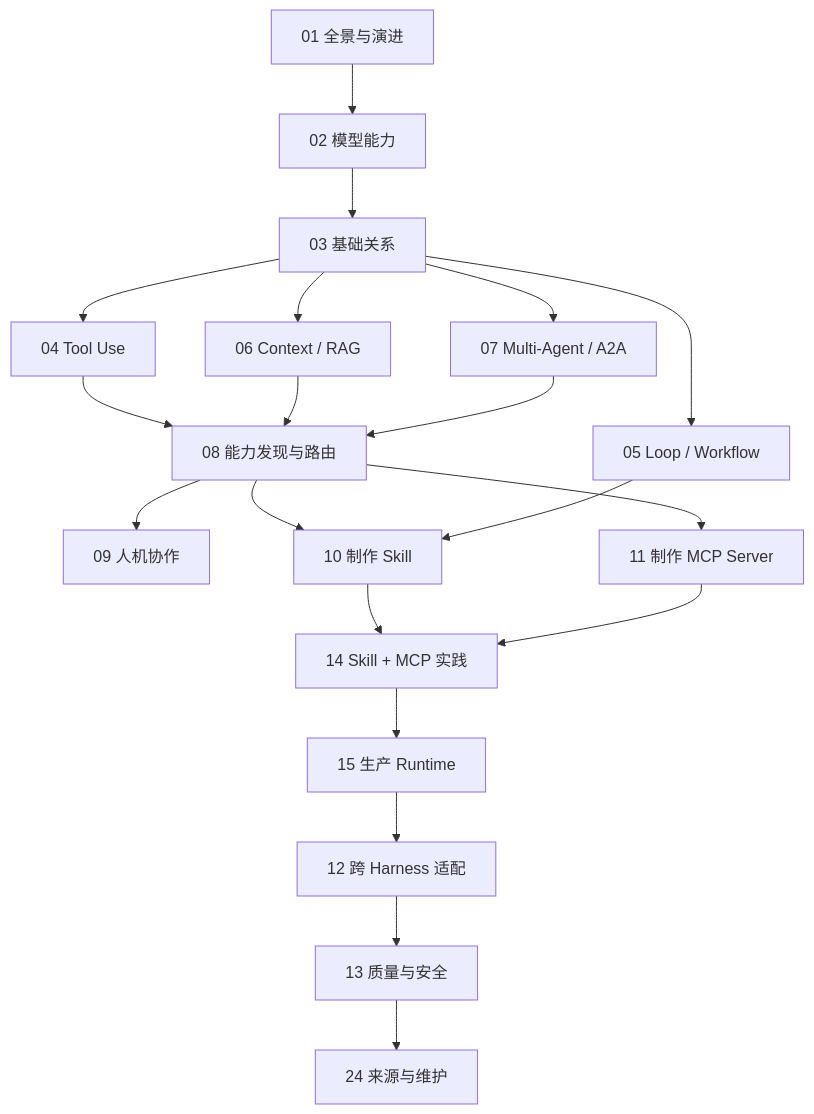
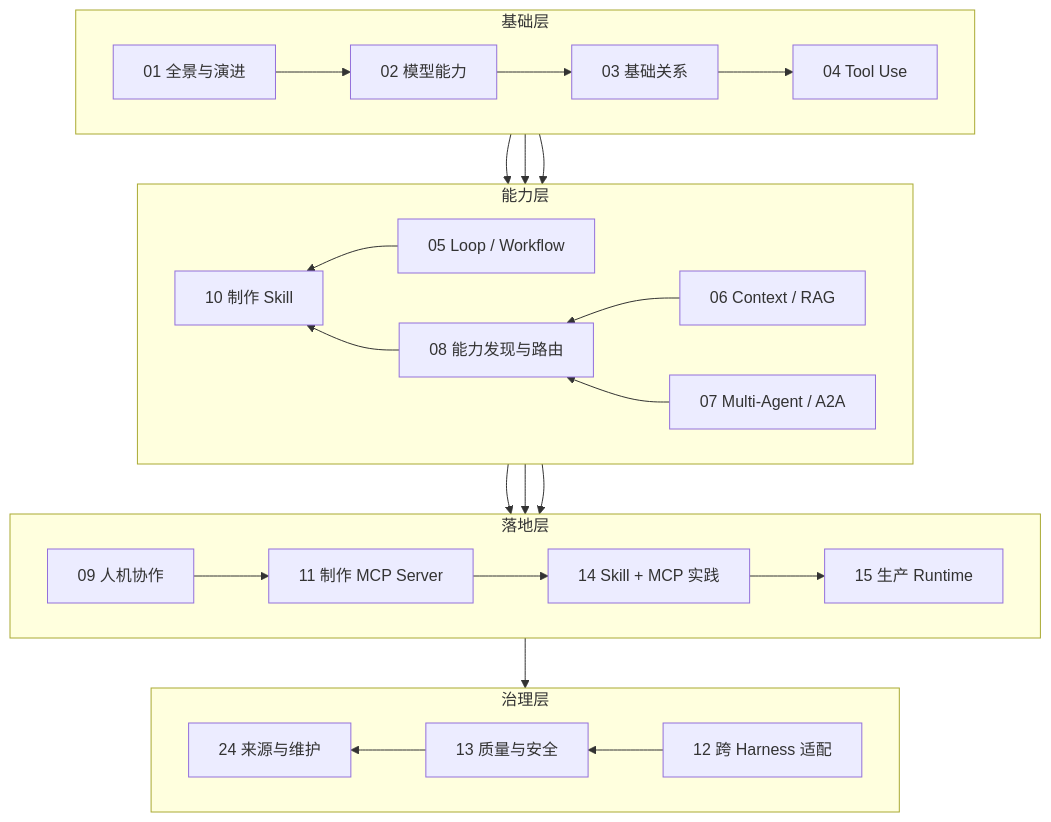
Before and after one commit to FoLaJJ/agent-systems-notes: the fifth of 5 diagrams in docs/01-agent-evolution.md, drawn with Mermaid. The commit also changed 1 other file, not shown here.

Commit message:
Refine Mermaid route layouts

````diff
--- a/docs/01-agent-evolution.md
+++ b/docs/01-agent-evolution.md
@@ -277,22 +277,38 @@
 ```mermaid
 flowchart TB
-    A["01 全景与演进"] --> L["02 模型能力"]
-    L --> B["03 基础关系"]
-    B --> C["04 Tool Use"]
-    B --> D["05 Loop / Workflow"]
-    B --> E["06 Context / RAG"]
-    B --> F["07 Multi-Agent / A2A"]
-    C --> R["08 能力发现与路由"]
-    E --> R
-    F --> R
-    R --> X["09 人机协作"]
-    R --> G["10 制作 Skill"]
-    D --> G
-    R --> H["11 制作 MCP Server"]
-    G --> I["14 Skill + MCP 实践"]
-    H --> I
-    I --> Y["15 生产 Runtime"]
-    Y --> J["12 跨 Harness 适配"]
-    J --> K["13 质量与安全"]
-    K --> Z["24 来源与维护"]
+    subgraph R1["基础层"]
+      direction LR
+      A["01 全景与演进"] --> L["02 模型能力"]
+      L --> B["03 基础关系"]
+      B --> C["04 Tool Use"]
+    end
+
+    subgraph R2["能力层"]
+      direction RL
+      D["05 Loop / Workflow"] --> G["10 制作 Skill"]
+      E["06 Context / RAG"] --> R["08 能力发现与路由"]
+      F["07 Multi-Agent / A2A"] --> R
+    end
+
+    subgraph R3["落地层"]
+      direction LR
+      X["09 人机协作"] --> H["11 制作 MCP Server"]
+      H --> I["14 Skill + MCP 实践"]
+      I --> Y["15 生产 Runtime"]
+    end
+
+    subgraph R4["治理层"]
+      direction RL
+      J["12 跨 Harness 适配"] --> K["13 质量与安全"]
+      K --> Z["24 来源与维护"]
+    end
+
+    C --> D
+    C --> E
+    C --> F
+    R --> X
+    R --> G
+    R --> H
+    G --> I
+    Y --> J
 ```
````
